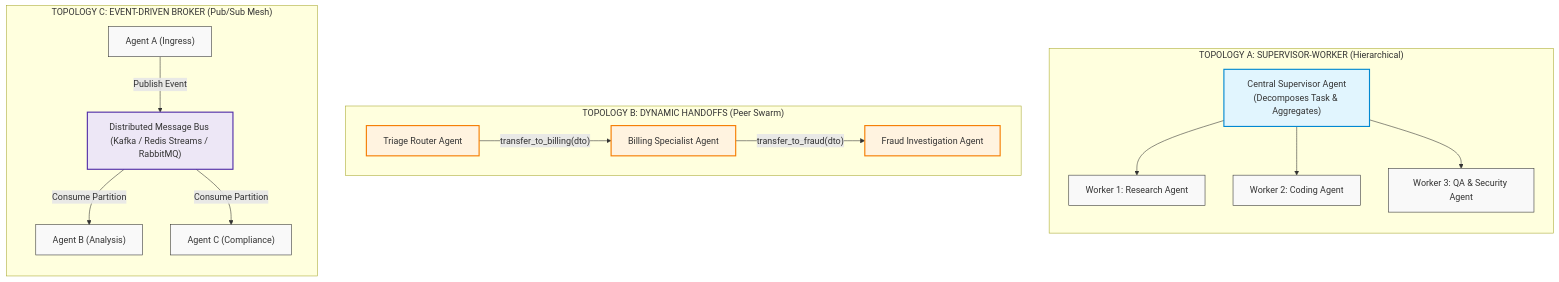
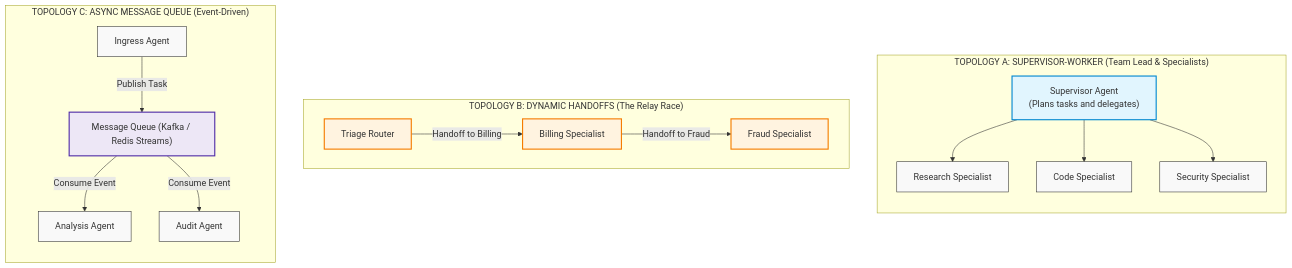
The first of 4 diagrams in 04-agentic-systems-and-orchestration/05-multi-agent-coordination-and-a2a-protocols.md (dip4k/senior-engineer-to-ai-engineer-roadmap), drawn with Mermaid before and after one commit. The commit also changed other lines of this file and 11 other files, not shown here.

````diff
--- a/04-agentic-systems-and-orchestration/05-multi-agent-coordination-and-a2a-protocols.md
+++ b/04-agentic-systems-and-orchestration/05-multi-agent-coordination-and-a2a-protocols.md
@@ -28,29 +31,29 @@
 ```mermaid
 flowchart TD
     classDef top fill:#f9f9f9,stroke:#333,stroke-width:1px;
     classDef sup fill:#e1f5fe,stroke:#0288d1,stroke-width:2px;
     classDef peer fill:#fff3e0,stroke:#f57c00,stroke-width:2px;
     classDef bus fill:#ede7f6,stroke:#512da8,stroke-width:2px;
 
-    subgraph TopologyA["TOPOLOGY A: SUPERVISOR-WORKER (Hierarchical)"]
+    subgraph TopologyA["TOPOLOGY A: SUPERVISOR-WORKER (Team Lead & Specialists)"]
         direction TB
-        Sup["Central Supervisor Agent\n(Decomposes Task & Aggregates)"]:::sup
-        Sup --> W1["Worker 1: Research Agent"]:::top
-        Sup --> W2["Worker 2: Coding Agent"]:::top
-        Sup --> W3["Worker 3: QA & Security Agent"]:::top
+        Sup["Supervisor Agent\n(Plans tasks and delegates)"]:::sup
+        Sup --> W1["Research Specialist"]:::top
+        Sup --> W2["Code Specialist"]:::top
+        Sup --> W3["Security Specialist"]:::top
     end
 
-    subgraph TopologyB["TOPOLOGY B: DYNAMIC HANDOFFS (Peer Swarm)"]
+    subgraph TopologyB["TOPOLOGY B: DYNAMIC HANDOFFS (The Relay Race)"]
         direction LR
-        Triage["Triage Router Agent"]:::peer -->|"transfer_to_billing(dto)"| Billing["Billing Specialist Agent"]:::peer
-        Billing -->|"transfer_to_fraud(dto)"| Fraud["Fraud Investigation Agent"]:::peer
+        Triage["Triage Router"]:::peer -->|"Handoff to Billing"| Billing["Billing Specialist"]:::peer
+        Billing -->|"Handoff to Fraud"| Fraud["Fraud Specialist"]:::peer
     end
 
-    subgraph TopologyC["TOPOLOGY C: EVENT-DRIVEN BROKER (Pub/Sub Mesh)"]
+    subgraph TopologyC["TOPOLOGY C: ASYNC MESSAGE QUEUE (Event-Driven)"]
         direction TB
-        Broker["Distributed Message Bus (Kafka / Redis Streams / RabbitMQ)"]:::bus
-        A_Pub["Agent A (Ingress)"]:::top -->|Publish Event| Broker
-        Broker -->|Consume Partition| B_Sub["Agent B (Analysis)"]:::top
-        Broker -->|Consume Partition| C_Sub["Agent C (Compliance)"]:::top
+        Broker["Message Queue (Kafka / Redis Streams)"]:::bus
+        A_Pub["Ingress Agent"]:::top -->|Publish Task| Broker
+        Broker -->|Consume Event| B_Sub["Analysis Agent"]:::top
+        Broker -->|Consume Event| C_Sub["Audit Agent"]:::top
     end
 ```
````
